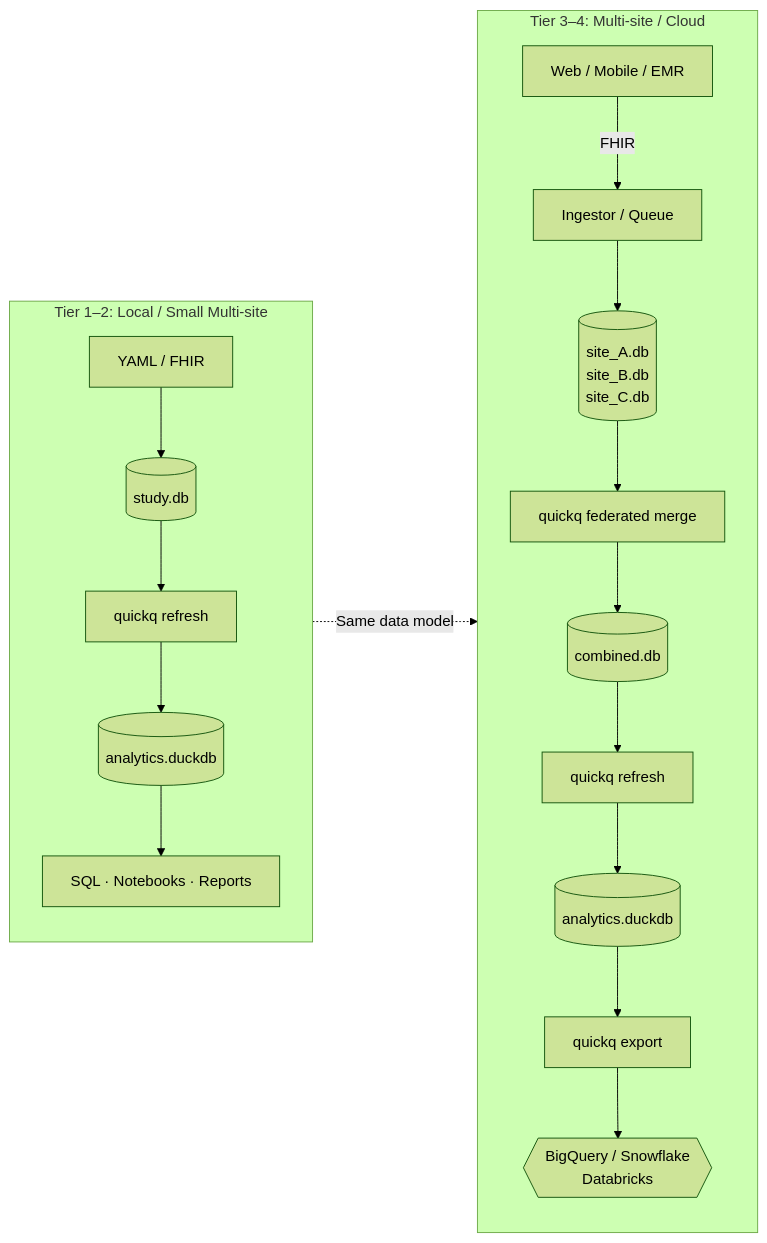
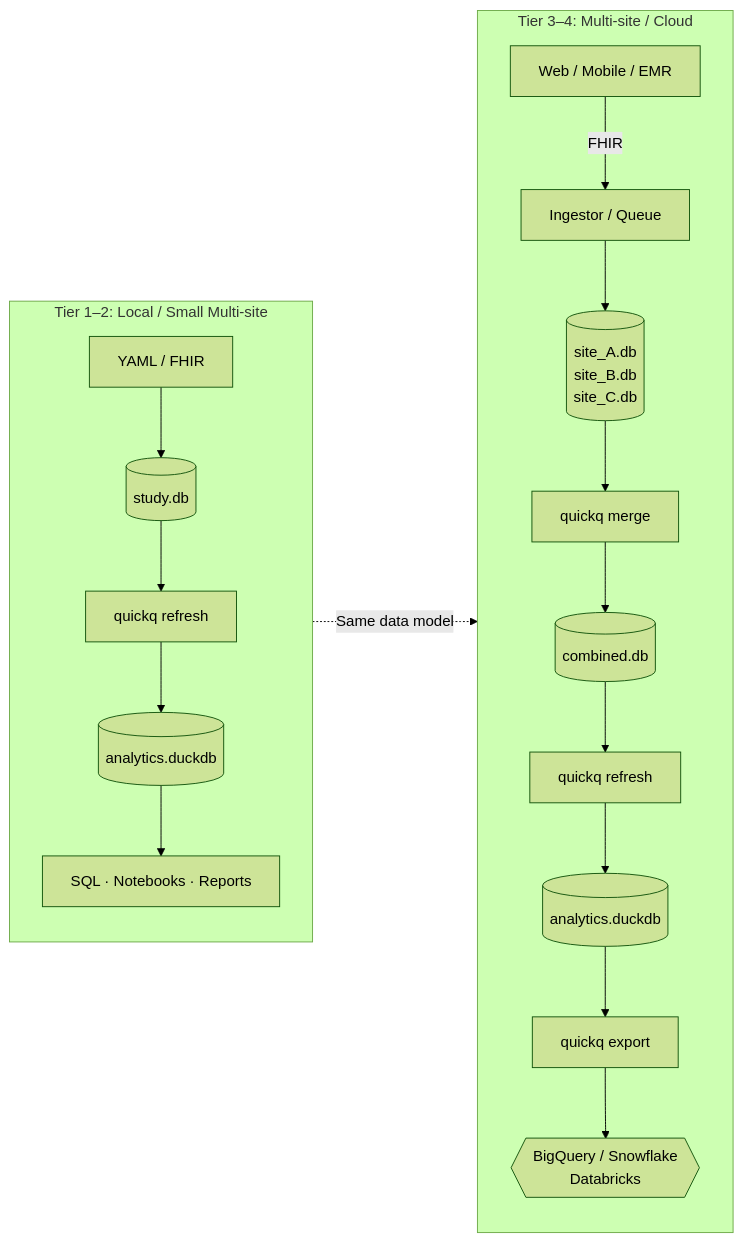
The diagram in docs/design_decisions.md (quickq-io/quickq), drawn with Mermaid (forest theme) before and after one commit. The commit also changed other lines of this file and 7 other files, not shown here.

````diff
--- a/docs/design_decisions.md
+++ b/docs/design_decisions.md
@@ -63,24 +63,24 @@
 ```mermaid
 flowchart LR
     subgraph Local ["Tier 1–2: Local / Small Multi-site"]
         direction TB
         L_Input[YAML / FHIR] --> L_SQLite[(study.db)]
         L_SQLite --> L_Refresh[quickq refresh]
         L_Refresh --> L_DuckDB[(analytics.duckdb)]
         L_DuckDB --> L_Analyze[SQL · Notebooks · Reports]
     end
 
     subgraph Cloud ["Tier 3–4: Multi-site / Cloud"]
         direction TB
         C_Apps[Web / Mobile / EMR] -- FHIR --> C_Queue[Ingestor / Queue]
         C_Queue --> C_Sites[(site_A.db\nsite_B.db\nsite_C.db)]
-        C_Sites --> C_Merge[quickq federated merge]
+        C_Sites --> C_Merge[quickq merge]
         C_Merge --> C_Combined[(combined.db)]
         C_Combined --> C_Refresh[quickq refresh]
         C_Refresh --> C_OLAP[(analytics.duckdb)]
         C_OLAP --> C_Parquet[quickq export]
         C_Parquet --> C_Warehouse{{BigQuery / Snowflake\nDatabricks}}
     end
 
     Local -. "Same data model" .-> Cloud
 ```
````
